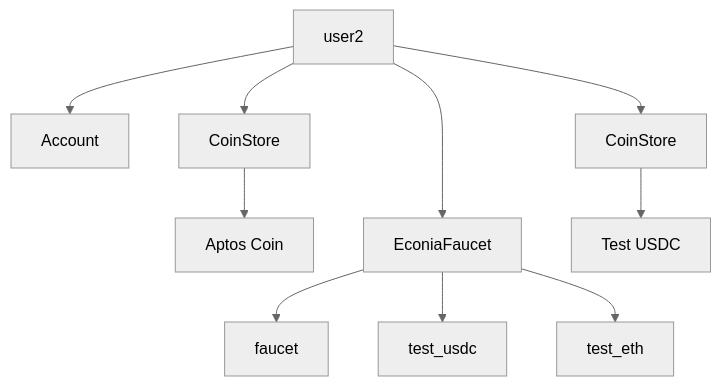
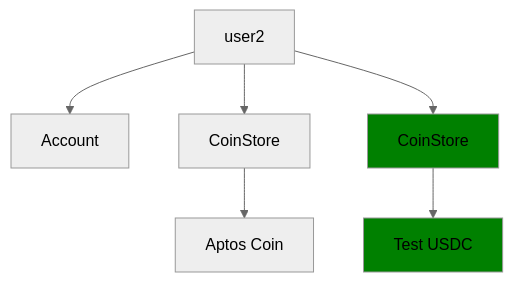
The eighth of 8 diagrams in README.md (econia-labs/amsterdam-2023-demo), drawn with Mermaid (neutral theme) before and after one commit. The commit also changed other lines of this file, not shown here.

Commit message:
Refactor for 4 accounts, colored mermaid diffs

````diff
--- a/README.md
+++ b/README.md
@@ -338,14 +370,12 @@
    ```mermaid
 
    flowchart TD
 
    user2 --> account[Account]
    user2 --> apt_coinstore[CoinStore]
    apt_coinstore --> apt[Aptos Coin]
-   user2 ---> EconiaFaucet
-   EconiaFaucet --> faucet
-   EconiaFaucet --> test_usdc
-   EconiaFaucet --> test_eth
-   user2 --> tusdc_coinstore[CoinStore]
-   tusdc_coinstore --> tusdc[Test USDC]
+   user2 --> tusdc_coinstore[CoinStore]:::new
+   tusdc_coinstore --> tusdc[Test USDC]:::new
+
+   classDef new fill:green
    ```
````
